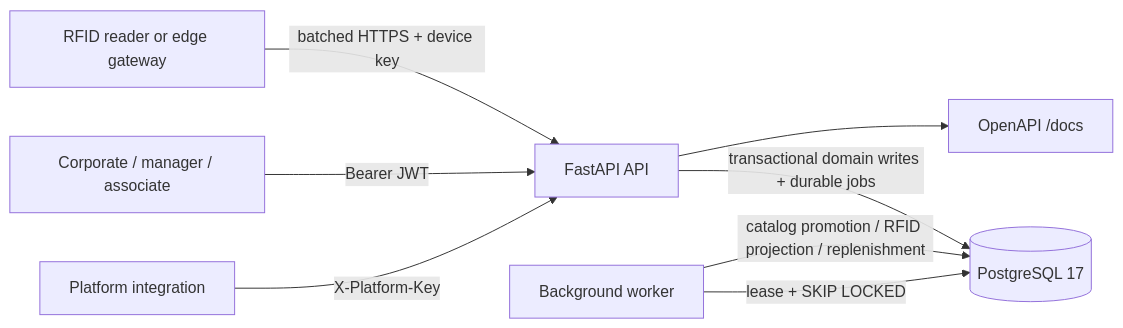
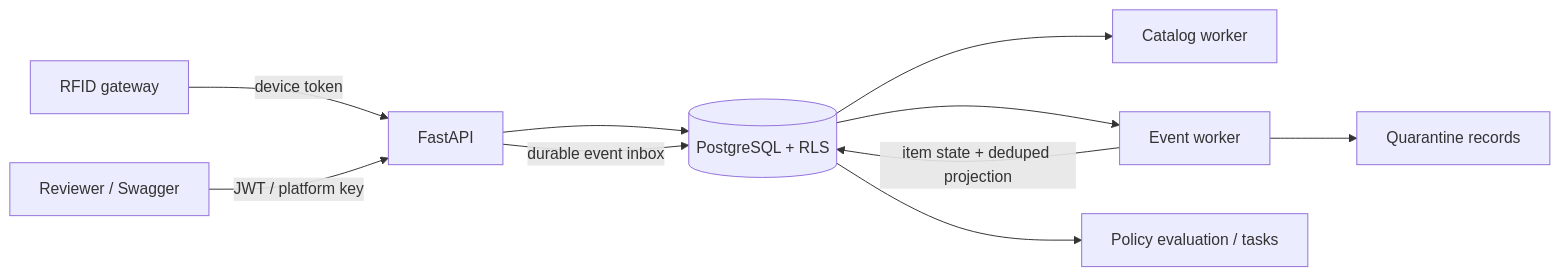
Before and after one commit to sushant5/rfid-inventory-replenishment-platform: the diagram in README.md, drawn with Mermaid. The commit also changed other lines of this file and 80 other files, not shown here.

````diff
--- a/README.md
+++ b/README.md
@@ -58,10 +45,12 @@
 ```mermaid
 flowchart LR
-    Admin[Platform integration] -->|X-Platform-Key| API[FastAPI API]
-    User[Corporate / manager / associate] -->|Bearer JWT| API
-    Reader[RFID reader or edge gateway] -->|batched HTTPS + device key| API
-    API -->|transactional domain writes + durable jobs| PG[(PostgreSQL 17)]
-    Worker[Background worker] -->|lease + SKIP LOCKED| PG
-    Worker -->|catalog promotion / RFID projection / replenishment| PG
-    API --> Docs[OpenAPI /docs]
+    Gateway[RFID gateway] -->|device token| API[FastAPI]
+    Reviewer[Reviewer / Swagger] -->|JWT / platform key| API
+    API --> PG[(PostgreSQL + RLS)]
+    API -->|durable event inbox| PG
+    PG --> CW[Catalog worker]
+    PG --> EW[Event worker]
+    EW -->|item state + deduped projection| PG
+    EW --> Q[Quarantine records]
+    PG --> POLICY[Policy evaluation / tasks]
 ```
````
